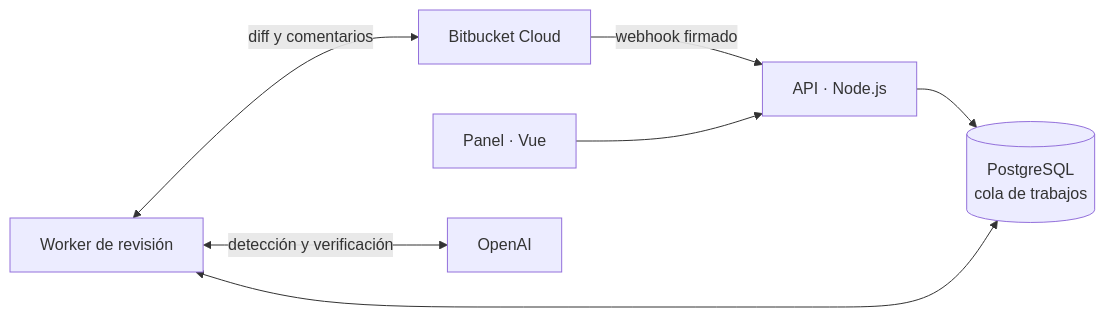
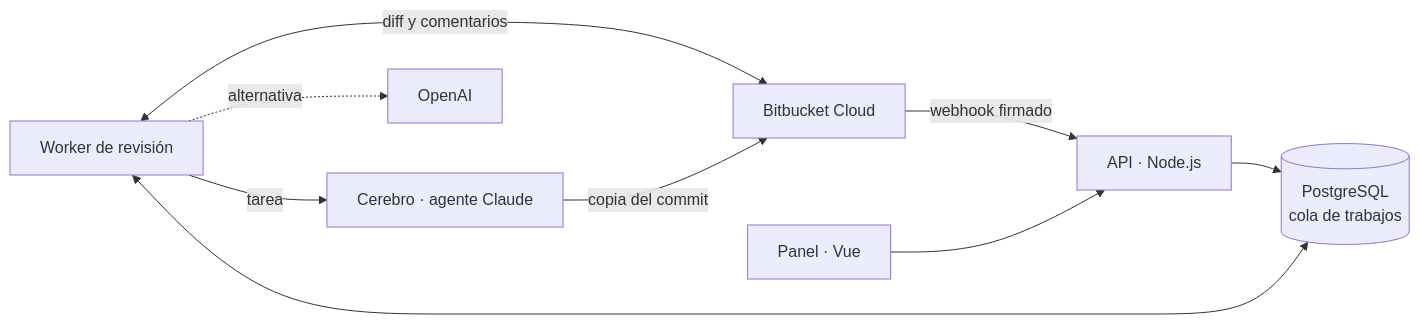
One commit to Dasge97/sancho changed the diagram in README.es.md. Above: the diagram before and after it, drawn with Mermaid. The commit also changed other lines of this file and 3 other files, not shown here.

````diff
--- a/README.es.md
+++ b/README.es.md
@@ -128,9 +131,11 @@
 ```mermaid
 flowchart LR
     BB["Bitbucket Cloud"] -->|webhook firmado| API["API · Node.js"]
     Panel["Panel · Vue"] --> API
     API --> DB[("PostgreSQL<br>cola de trabajos")]
     Worker["Worker de revisión"] <--> DB
     Worker <-->|diff y comentarios| BB
-    Worker <-->|detección y verificación| IA["OpenAI"]
+    Worker -->|tarea| Cerebro["Cerebro · agente Claude"]
+    Cerebro -->|copia del commit| BB
+    Worker -.->|alternativa| IA["OpenAI"]
 ```
````
